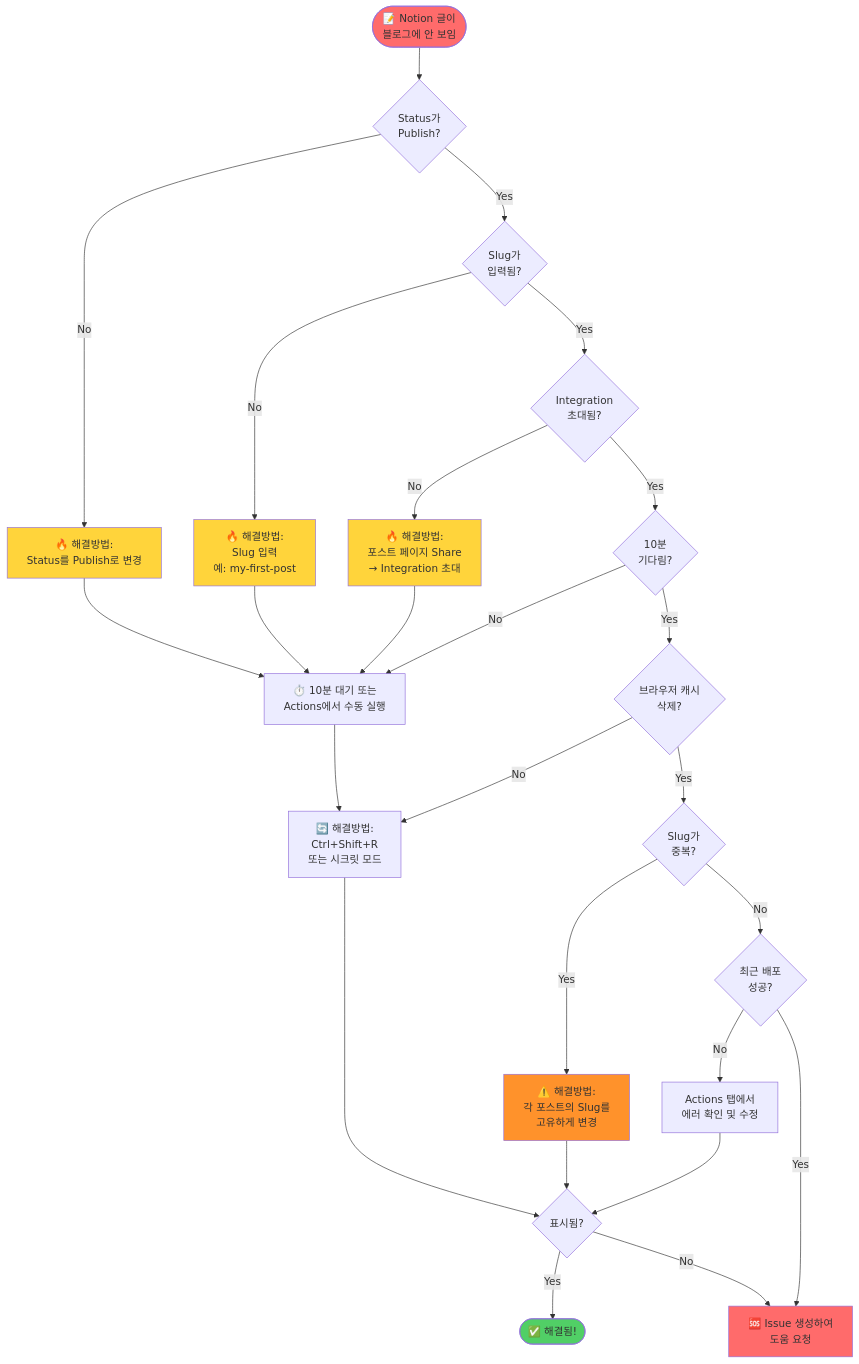
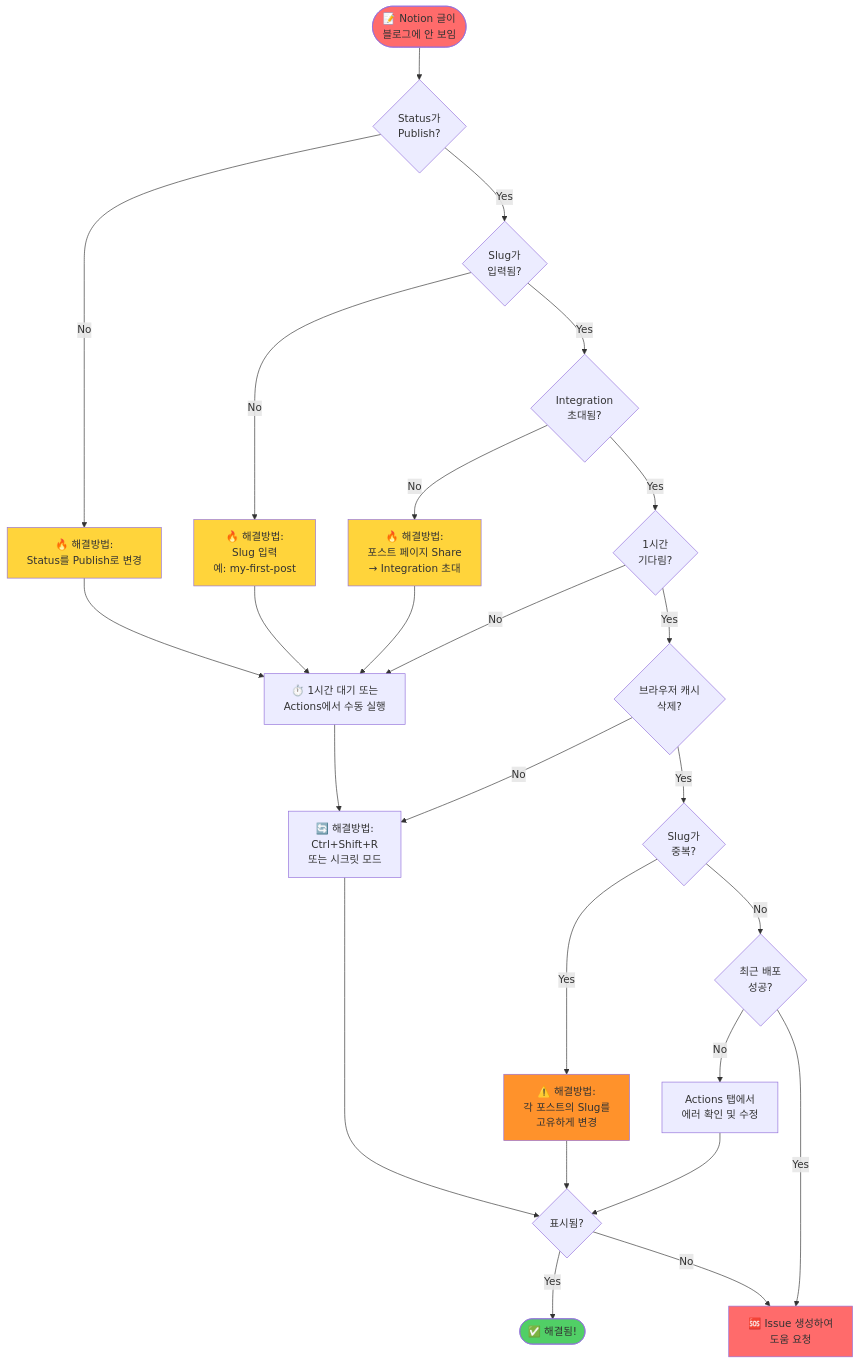
Before and after one commit to freelife1191/nextjs-notion-blog: the second of 4 diagrams in docs/TROUBLESHOOTING_GUIDE.md, drawn with Mermaid. The commit also changed other lines of this file and 5 other files, not shown here.

````diff
--- a/docs/TROUBLESHOOTING_GUIDE.md
+++ b/docs/TROUBLESHOOTING_GUIDE.md
@@ -90,44 +90,44 @@
 ```mermaid
 flowchart TD
     Start([📝 Notion 글이<br/>블로그에 안 보임]) --> CheckStatus{Status가<br/>Publish?}
 
     CheckStatus -->|No| FixStatus[🔥 해결방법:<br/>Status를 Publish로 변경]
     CheckStatus -->|Yes| CheckSlug{Slug가<br/>입력됨?}
 
     CheckSlug -->|No| FixSlug[🔥 해결방법:<br/>Slug 입력<br/>예: my-first-post]
     CheckSlug -->|Yes| CheckIntegration{Integration<br/>초대됨?}
 
     CheckIntegration -->|No| FixIntegration[🔥 해결방법:<br/>포스트 페이지 Share<br/>→ Integration 초대]
-    CheckIntegration -->|Yes| CheckWait{10분<br/>기다림?}
+    CheckIntegration -->|Yes| CheckWait{1시간<br/>기다림?}
 
-    CheckWait -->|No| Wait[⏱️ 10분 대기 또는<br/>Actions에서 수동 실행]
+    CheckWait -->|No| Wait[⏱️ 1시간 대기 또는<br/>Actions에서 수동 실행]
     CheckWait -->|Yes| CheckCache{브라우저 캐시<br/>삭제?}
 
     CheckCache -->|No| ClearCache[🔄 해결방법:<br/>Ctrl+Shift+R<br/>또는 시크릿 모드]
     CheckCache -->|Yes| CheckDuplicate{Slug가<br/>중복?}
 
     CheckDuplicate -->|Yes| FixDuplicate[⚠️ 해결방법:<br/>각 포스트의 Slug를<br/>고유하게 변경]
     CheckDuplicate -->|No| CheckDeploy{최근 배포<br/>성공?}
 
     CheckDeploy -->|No| FixDeploy[Actions 탭에서<br/>에러 확인 및 수정]
     CheckDeploy -->|Yes| IssueHelp[🆘 Issue 생성하여<br/>도움 요청]
 
     FixStatus --> Wait
     FixSlug --> Wait
     FixIntegration --> Wait
     Wait --> ClearCache
     ClearCache --> Success{표시됨?}
     FixDuplicate --> Success
     FixDeploy --> Success
 
     Success -->|Yes| Done([✅ 해결됨!])
     Success -->|No| IssueHelp
 
     style Start fill:#ff6b6b
     style Done fill:#51cf66
     style FixStatus fill:#ffd43b
     style FixSlug fill:#ffd43b
     style FixIntegration fill:#ffd43b
     style FixDuplicate fill:#ff922b
     style IssueHelp fill:#ff6b6b
 ```
````
